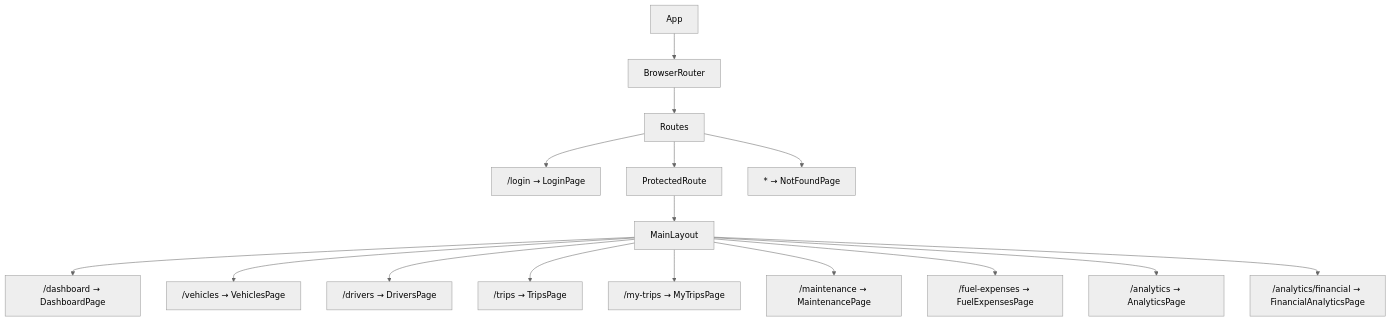
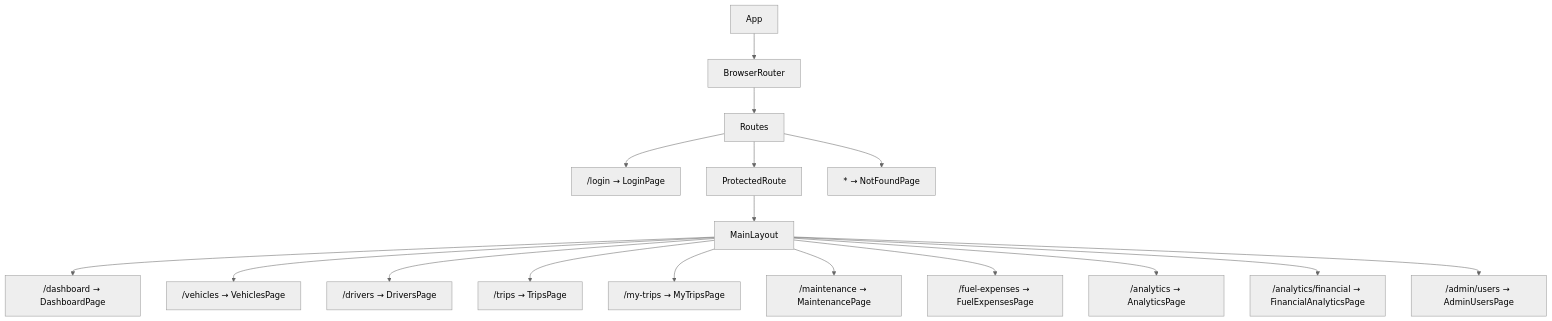
One commit to ShyamalKacha/TransitOps changed the seventh of 9 diagrams in TRANSITOPS_DESIGN.md. Above: the diagram before and after it, drawn with Mermaid (neutral theme). The commit also changed other lines of this file, not shown here.

````diff
--- a/TRANSITOPS_DESIGN.md
+++ b/TRANSITOPS_DESIGN.md
@@ -776,37 +821,39 @@
 ```mermaid
 graph TD
     APP["App"]
     BR["BrowserRouter"]
     RS["Routes"]
 
     Login["/login → LoginPage"]
     PR["ProtectedRoute"]
     ML["MainLayout"]
 
     DASH["/dashboard → DashboardPage"]
     VEH["/vehicles → VehiclesPage"]
     DRV["/drivers → DriversPage"]
     TRP["/trips → TripsPage"]
     MTR["/my-trips → MyTripsPage"]
     MNT["/maintenance → MaintenancePage"]
     FEL["/fuel-expenses → FuelExpensesPage"]
     ANL["/analytics → AnalyticsPage"]
     FAN["/analytics/financial → FinancialAnalyticsPage"]
+    ADM["/admin/users → AdminUsersPage"]
     NF["* → NotFoundPage"]
 
     APP --> BR
     BR --> RS
     RS --> Login
     RS --> PR
     RS --> NF
     PR --> ML
     ML --> DASH
     ML --> VEH
     ML --> DRV
     ML --> TRP
     ML --> MTR
     ML --> MNT
     ML --> FEL
     ML --> ANL
     ML --> FAN
+    ML --> ADM
 ```
````
